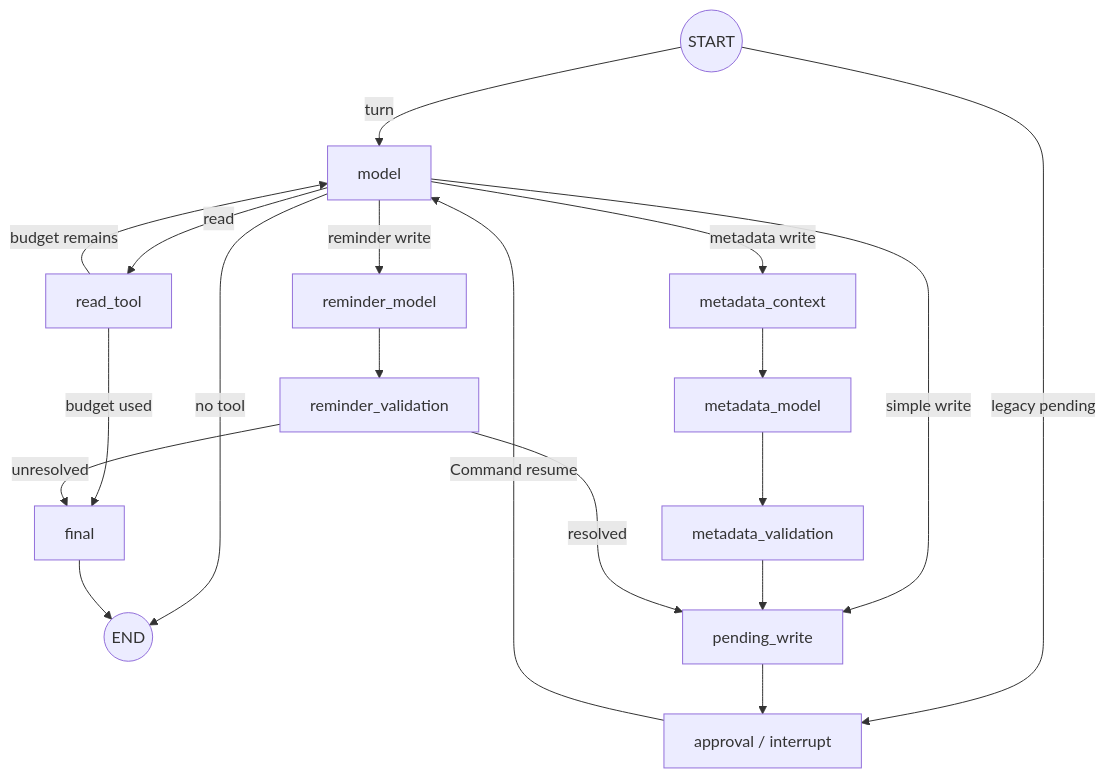
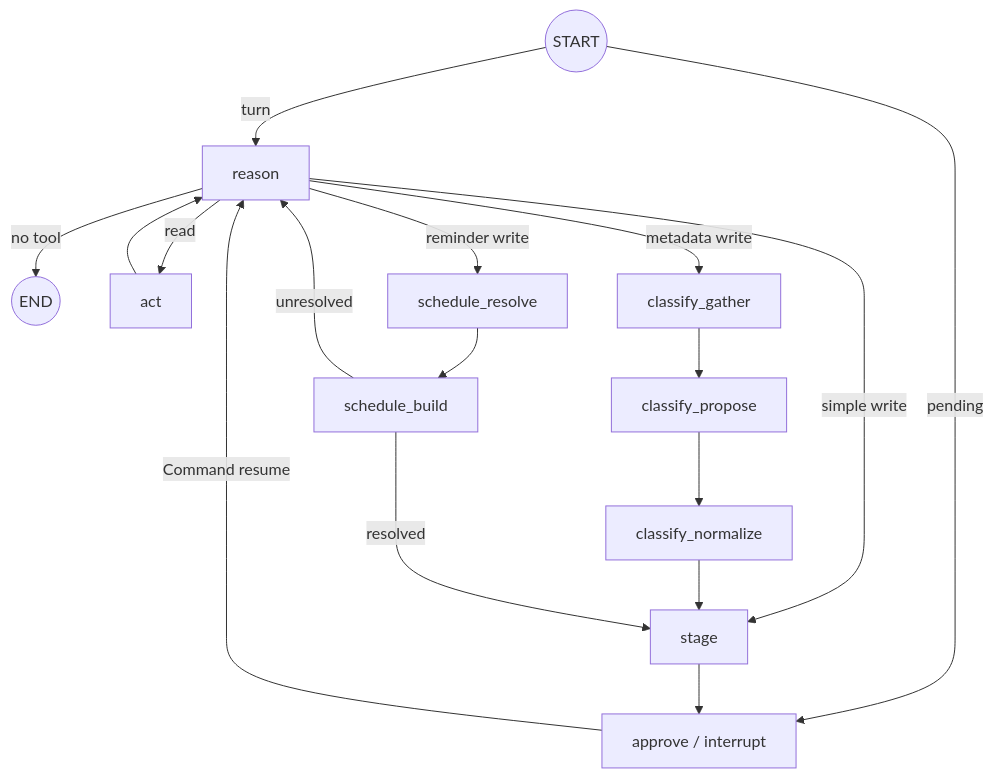
Before and after one commit to jungarik/daily-notes: the second of 2 diagrams in devdoc/agent-workflows-langgraph.md, drawn with Mermaid. The commit also changed other lines of this file and 40 other files, not shown here.

````diff
--- a/devdoc/agent-workflows-langgraph.md
+++ b/devdoc/agent-workflows-langgraph.md
@@ -62,21 +67,19 @@
 ```mermaid
 flowchart TD
-    S((START)) -->|turn| M[model]
-    S -->|legacy pending| H[approval / interrupt]
+    S((START)) -->|turn| M[reason]
+    S -->|pending| H[approve / interrupt]
     M -->|no tool| E((END))
-    M -->|read| T[read_tool]
-    M -->|metadata write| MC[metadata_context]
-    M -->|reminder write| RM[reminder_model]
-    M -->|simple write| P[pending_write]
-    T -->|budget remains| M
-    T -->|budget used| F[final]
-    MC --> MM[metadata_model]
-    MM --> MV[metadata_validation]
+    M -->|read| T[act]
+    M -->|metadata write| MC[classify_gather]
+    M -->|reminder write| RM[schedule_resolve]
+    M -->|simple write| P[stage]
+    T --> M
+    MC --> MM[classify_propose]
+    MM --> MV[classify_normalize]
     MV --> P
-    RM --> RV[reminder_validation]
+    RM --> RV[schedule_build]
     RV -->|resolved| P
-    RV -->|unresolved| F
+    RV -->|unresolved| M
     P --> H
     H -->|Command resume| M
-    F --> E
 ```
````
